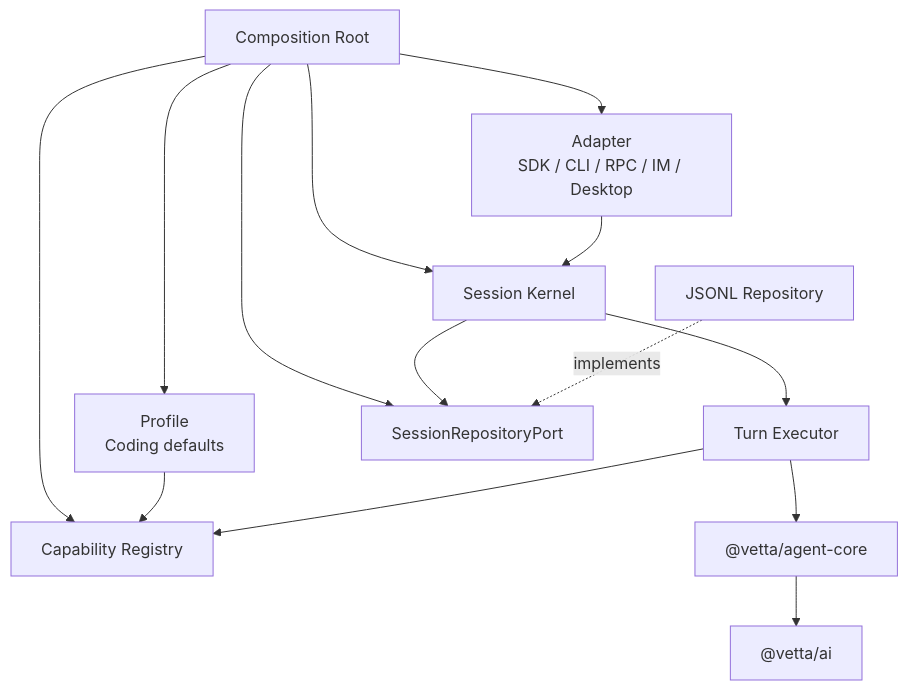
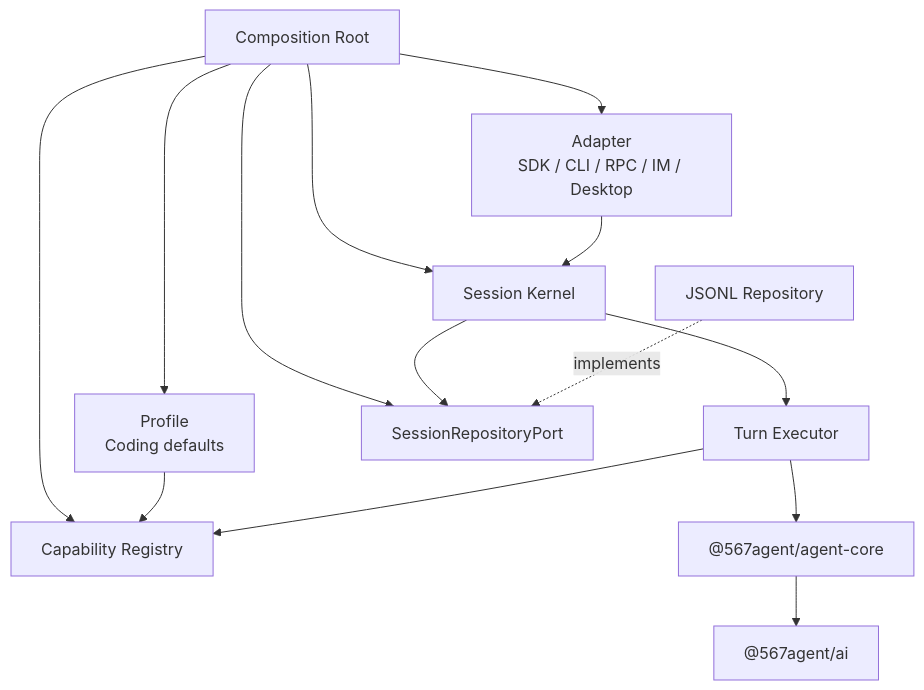
Before and after one commit to Chinachani/567-agent-2.0: the diagram in docs/agent/coding-agent/03-kernel-capability-refactoring-solution.md, drawn with Mermaid. The commit also changed other lines of this file and 1962 other files, not shown here.

````diff
--- a/docs/agent/coding-agent/03-kernel-capability-refactoring-solution.md
+++ b/docs/agent/coding-agent/03-kernel-capability-refactoring-solution.md
@@ -37,27 +37,27 @@
 ```mermaid
 flowchart TB
     Root["Composition Root"]
     Adapter["Adapter<br/>SDK / CLI / RPC / IM / Desktop"]
     Profile["Profile<br/>Coding defaults"]
     Registry["Capability Registry"]
     Kernel["Session Kernel"]
     Turn["Turn Executor"]
-    Agent["@vetta/agent-core"]
-    AI["@vetta/ai"]
+    Agent["@567agent/agent-core"]
+    AI["@567agent/ai"]
     Repo["SessionRepositoryPort"]
     Infra["JSONL Repository"]
 
     Root --> Adapter
     Root --> Profile
     Root --> Registry
     Root --> Kernel
     Root --> Repo
     Adapter --> Kernel
     Profile --> Registry
     Kernel --> Turn
     Kernel --> Repo
     Turn --> Registry
     Turn --> Agent
     Agent --> AI
     Infra -. "implements" .-> Repo
 ```
````
